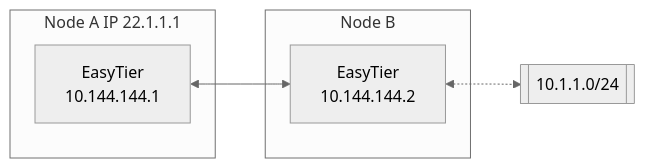
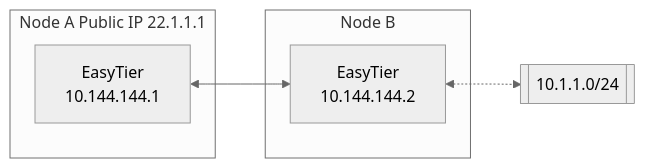
The first of 2 diagrams in README.md (Detachment-x/PactMesh), drawn with Mermaid (neutral theme) before and after one commit. The commit also changed other lines of this file and 7 other files, not shown here.

````diff
--- a/README.md
+++ b/README.md
@@ -193,16 +181,15 @@
 ```mermaid
 flowchart LR
 
-subgraph Node A IP 22.1.1.1
-nodea[EasyTier\n10.144.144.1]
+subgraph Node A Public IP 22.1.1.1
+nodea[EasyTier<br/>10.144.144.1]
 end
 
 subgraph Node B
-nodeb[EasyTier\n10.144.144.2]
+nodeb[EasyTier<br/>10.144.144.2]
 end
 
 id1[[10.1.1.0/24]]
 
 nodea <--> nodeb <-.-> id1
-
 ```
````
